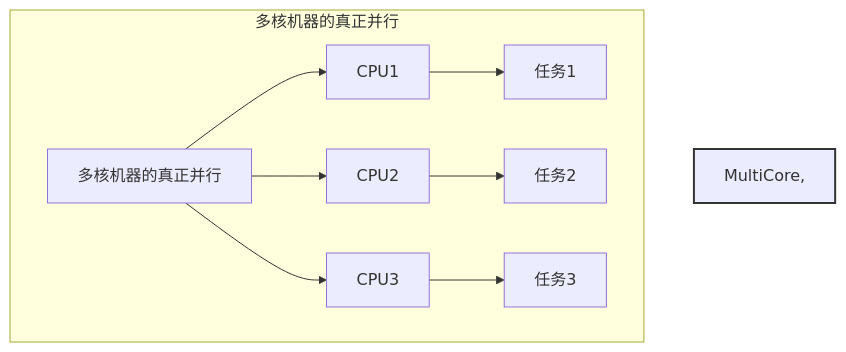
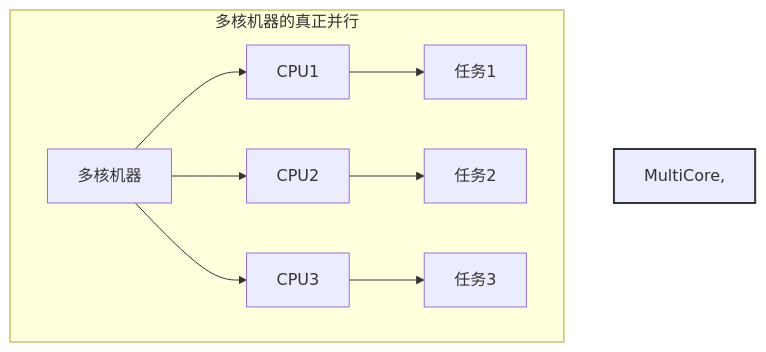
Before and after one commit to Mq-b/ModernCpp-ConcurrentProgramming-Tutorial: the first of 2 diagrams in md/01基本概念.md, drawn with Mermaid. The commit also changed other lines of this file and 3 other files, not shown here.

Commit message:
更新 page 包版本,添加 mdEnhance 配置,修改第 1 章 mermaid 内容

````diff
--- a/md/01基本概念.md
+++ b/md/01基本概念.md
@@ -27,20 +27,20 @@
 ```mermaid
 graph TD;
     subgraph "多核机器的真正并行"
-        MultiCore[多核机器的真正并行]
+        MultiCore[多核机器]
         CPU1[CPU1]
         CPU2[CPU2]
         CPU3[CPU3]
 
         MultiCore --> CPU1
         MultiCore --> CPU2
         MultiCore --> CPU3
 
         CPU1 --> Task1[任务1]
         CPU2 --> Task2[任务2]
         CPU3 --> Task3[任务3]
     end
 
     style MultiCore, CPU1, CPU2, CPU3, Task1, Task2, Task3 fill:#fff,stroke:#333,stroke-width:2px;
 
 ```
````
